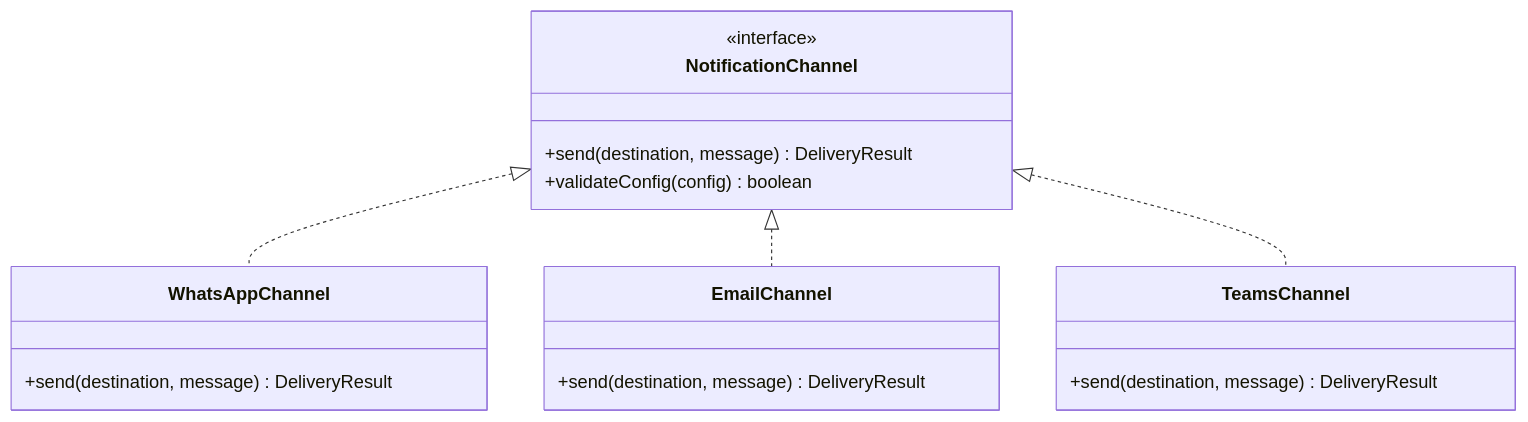
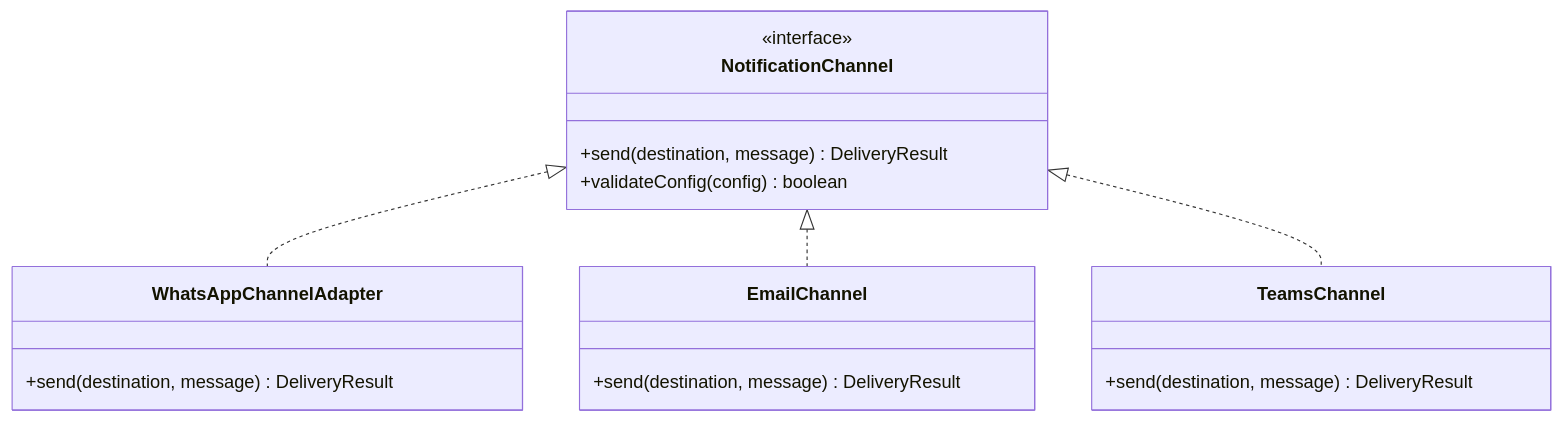
One commit to alexsandrosodre/qualitytest changed the first of 3 diagrams in docs/architecture/notificacoes-whatsapp.md. Above: the diagram before and after it, drawn with Mermaid. The commit also changed other lines of this file and 41 other files, not shown here.

````diff
--- a/docs/architecture/notificacoes-whatsapp.md
+++ b/docs/architecture/notificacoes-whatsapp.md
@@ -76,20 +76,20 @@
 ```mermaid
 classDiagram
     class NotificationChannel {
         <<interface>>
         +send(destination, message) DeliveryResult
         +validateConfig(config) boolean
     }
-    class WhatsAppChannel {
+    class WhatsAppChannelAdapter {
         +send(destination, message) DeliveryResult
     }
     class EmailChannel {
         +send(destination, message) DeliveryResult
     }
     class TeamsChannel {
         +send(destination, message) DeliveryResult
     }
-    NotificationChannel <|.. WhatsAppChannel
+    NotificationChannel <|.. WhatsAppChannelAdapter
     NotificationChannel <|.. EmailChannel
     NotificationChannel <|.. TeamsChannel
 ```
````
